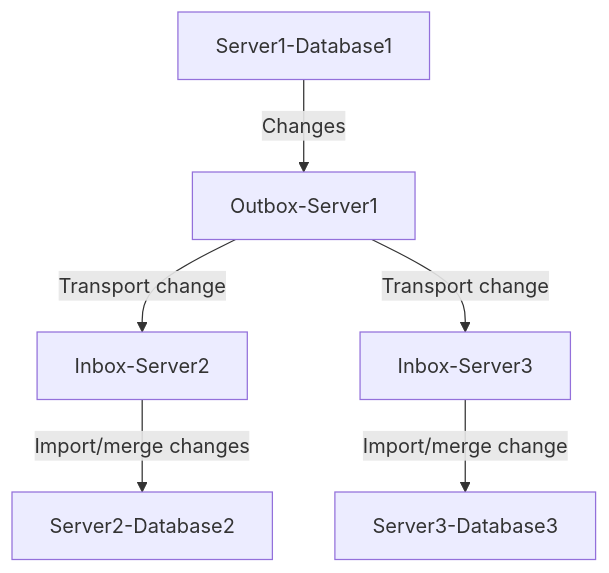
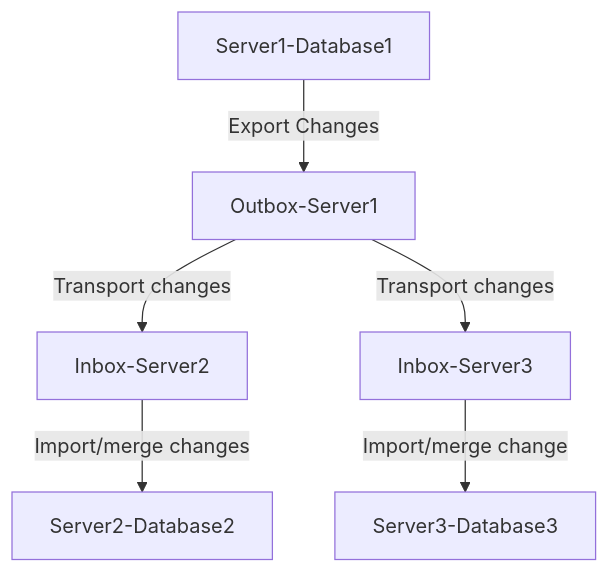
Before and after one commit to milan888-design/synchronize-data: the diagram in README.md, drawn with Mermaid. The commit also changed other lines of this file, not shown here.

````diff
--- a/README.md
+++ b/README.md
@@ -11,8 +11,8 @@
 ```mermaid  
 flowchart TD  
-    A[Server1-Database1] -->|Changes| B[Outbox-Server1]  
-    B[Outbox-Server1] -->|Transport change| C[Inbox-Server2]  
-    B[Outbox-Server1] -->|Transport change| D[Inbox-Server3]  
+    A[Server1-Database1] -->|Export Changes| B[Outbox-Server1]  
+    B[Outbox-Server1] -->|Transport changes| C[Inbox-Server2]  
+    B[Outbox-Server1] -->|Transport changes| D[Inbox-Server3]  
     C[Inbox-Server2]   -->|Import/merge changes| E[Server2-Database2] 
     D[Inbox-Server3]   -->|Import/merge change| F[Server3-Database3]   
 ```  
````
